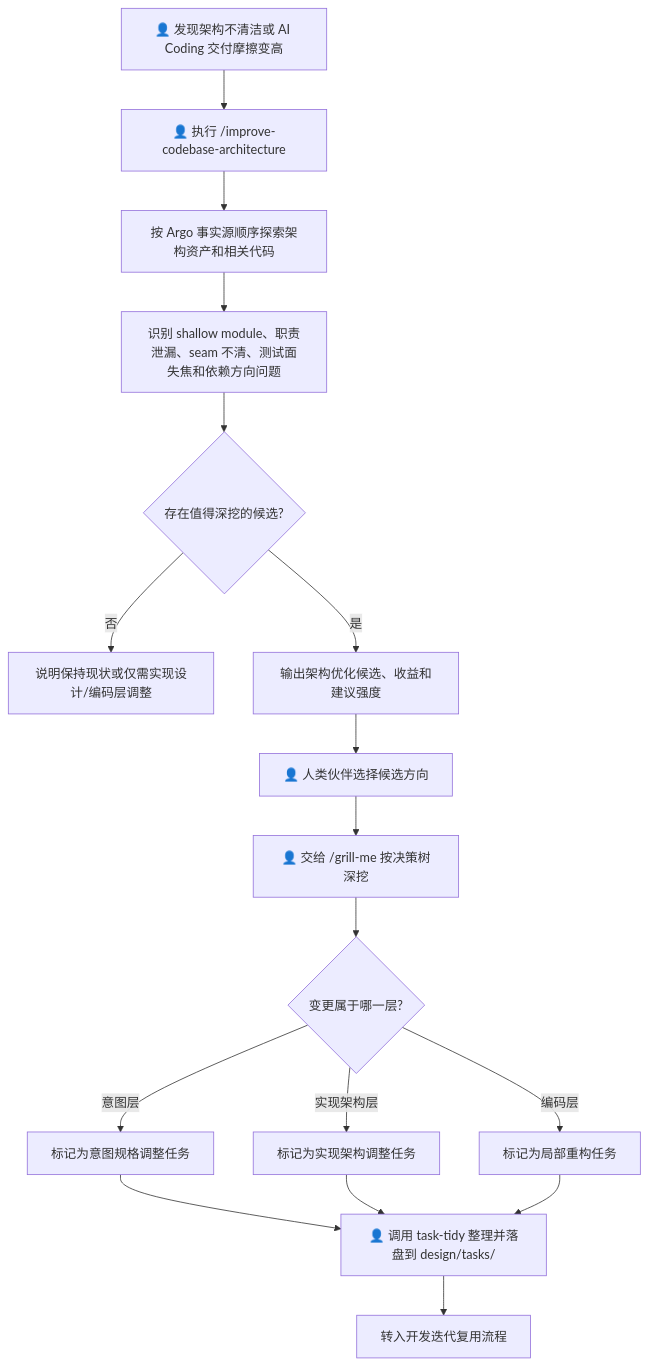
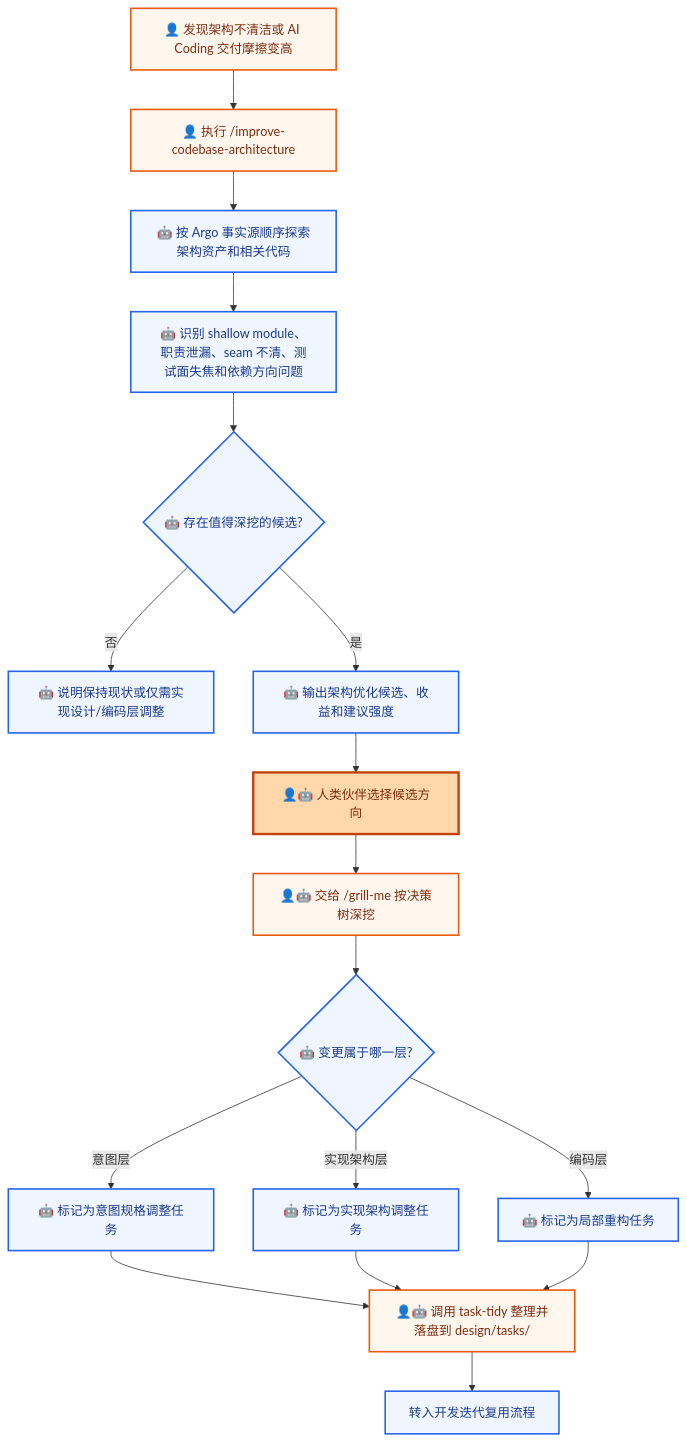
One commit to derekhu0002/Argo changed the fourth of 5 diagrams in README.md. Above: the diagram before and after it, drawn with Mermaid. The commit also changed other lines of this file, not shown here.

````diff
--- a/README.md
+++ b/README.md
@@ -131,19 +150,25 @@
 ```mermaid
 flowchart TD
     A[👤 发现架构不清洁或 AI Coding 交付摩擦变高] --> B[👤 执行 /improve-codebase-architecture]
-    B --> C[按 Argo 事实源顺序探索架构资产和相关代码]
-    C --> D[识别 shallow module、职责泄漏、seam 不清、测试面失焦和依赖方向问题]
-    D --> E{存在值得深挖的候选?}
-    E -- 否 --> F[说明保持现状或仅需实现设计/编码层调整]
-    E -- 是 --> G[输出架构优化候选、收益和建议强度]
-    G --> H[👤 人类伙伴选择候选方向]
-    H --> I[👤 交给 /grill-me 按决策树深挖]
-    I --> J{变更属于哪一层?}
-    J -- 意图层 --> K[标记为意图规格调整任务]
-    J -- 实现架构层 --> L[标记为实现架构调整任务]
-    J -- 编码层 --> M[标记为局部重构任务]
-    K --> N[👤 调用 task-tidy 整理并落盘到 design/tasks/]
+    B --> C[🤖 按 Argo 事实源顺序探索架构资产和相关代码]
+    C --> D[🤖 识别 shallow module、职责泄漏、seam 不清、测试面失焦和依赖方向问题]
+    D --> E{🤖 存在值得深挖的候选?}
+    E -- 否 --> F[🤖 说明保持现状或仅需实现设计/编码层调整]
+    E -- 是 --> G[🤖 输出架构优化候选、收益和建议强度]
+    G --> H[👤🤖 人类伙伴选择候选方向]
+    H --> I[👤🤖 交给 /grill-me 按决策树深挖]
+    I --> J{🤖 变更属于哪一层?}
+    J -- 意图层 --> K[🤖 标记为意图规格调整任务]
+    J -- 实现架构层 --> L[🤖 标记为实现架构调整任务]
+    J -- 编码层 --> M[🤖 标记为局部重构任务]
+    K --> N[👤🤖 调用 task-tidy 整理并落盘到 design/tasks/]
     L --> N
     M --> N
     N --> O[转入开发迭代复用流程]
+    classDef human fill:#fff7ed,stroke:#ea580c,color:#7c2d12,stroke-width:2px
+    classDef humanDecision fill:#fed7aa,stroke:#c2410c,color:#7c2d12,stroke-width:3px
+    classDef ai fill:#eff6ff,stroke:#2563eb,color:#1e3a8a,stroke-width:2px
+    class A,B,I,N human
+    class H humanDecision
+    class C,D,E,F,G,J,K,L,M,O ai
 ```
````
